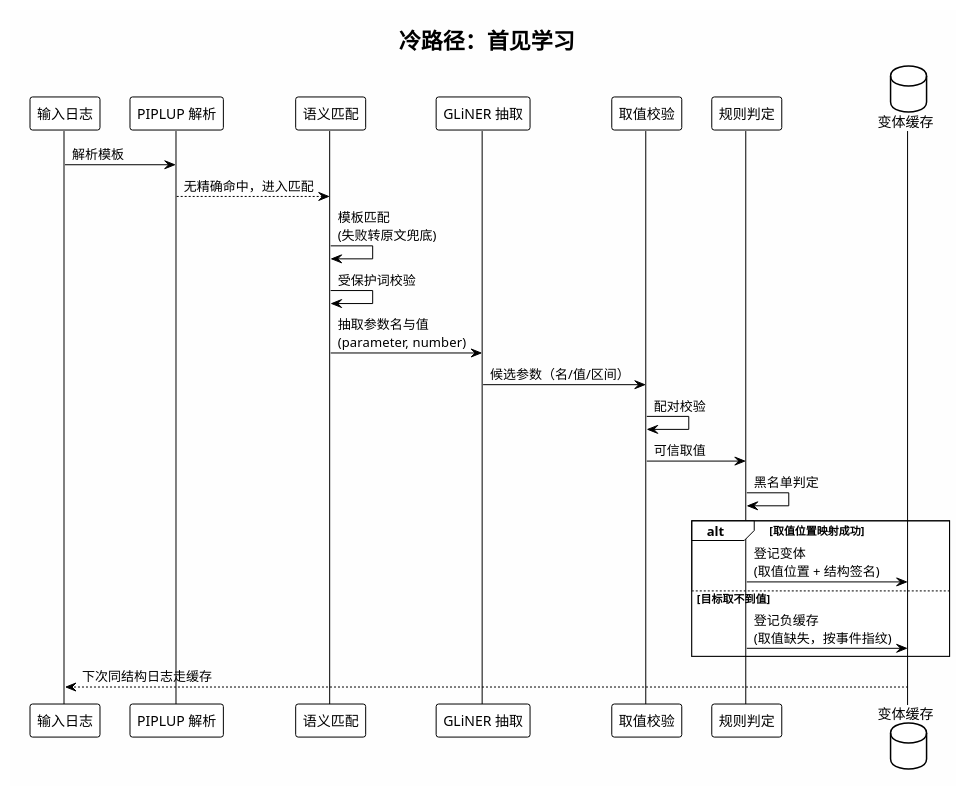
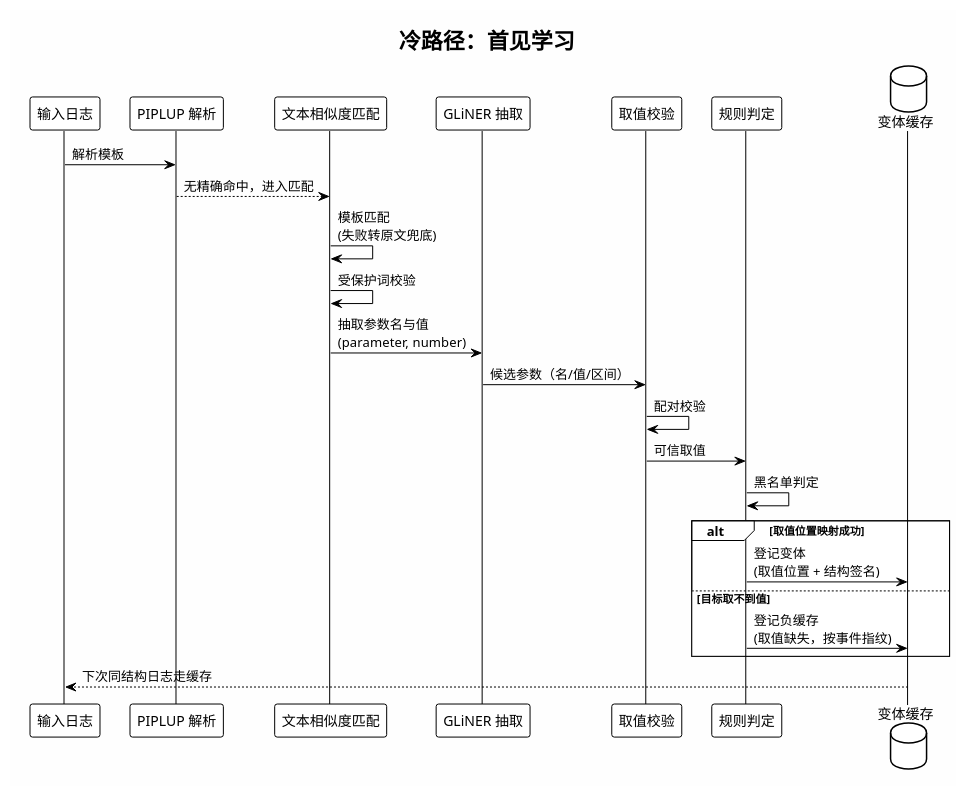
Before and after one commit to HouMonKy/TIG-PIPLUP: the sixth of 13 diagrams in LogNet3.0方案设计与实现文档.md, drawn with PlantUML. The commit also changed other lines of this file, not shown here.

````diff
--- a/LogNet3.0方案设计与实现文档.md
+++ b/LogNet3.0方案设计与实现文档.md
@@ -503,34 +503,34 @@
 ```plantuml
 @startuml Parameter_Cold_Sequence
 !theme plain
 skinparam backgroundColor #FEFEFE
 skinparam shadowing false
 
 title 冷路径：首见学习
 
 participant "输入日志" as Log
 participant "PIPLUP 解析" as Parse
-participant "语义匹配" as Match
+participant "文本相似度匹配" as Match
 participant "GLiNER 抽取" as GLiNER
 participant "取值校验" as Guard
 participant "规则判定" as Rule
 database "变体缓存" as Store
 
 Log -> Parse: 解析模板
 Parse --> Match: 无精确命中，进入匹配
 Match -> Match: 模板匹配\n(失败转原文兜底)
 Match -> Match: 受保护词校验
 Match -> GLiNER: 抽取参数名与值\n(parameter, number)
 GLiNER -> Guard: 候选参数（名/值/区间）
 Guard -> Guard: 配对校验
 Guard -> Rule: 可信取值
 Rule -> Rule: 黑名单判定
 alt 取值位置映射成功
     Rule -> Store: 登记变体\n(取值位置 + 结构签名)
 else 目标取不到值
     Rule -> Store: 登记负缓存\n(取值缺失，按事件指纹)
 end
 Store --> Log: 下次同结构日志走缓存
 
 @enduml
 ```
````
